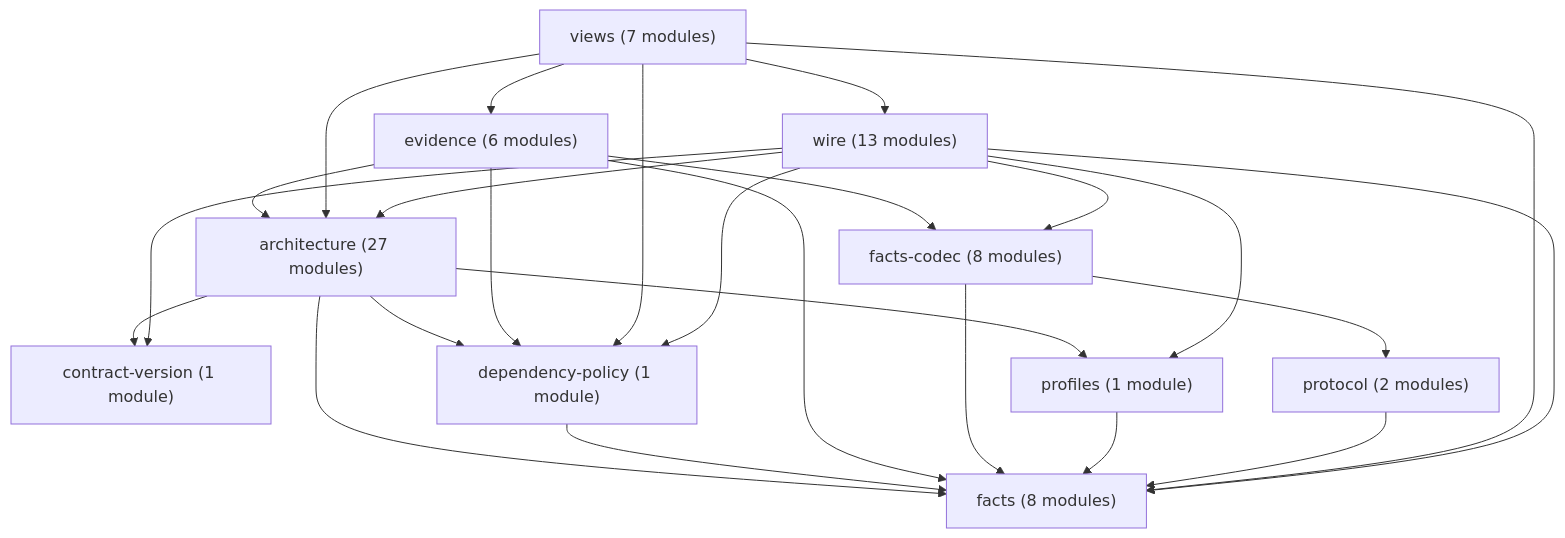
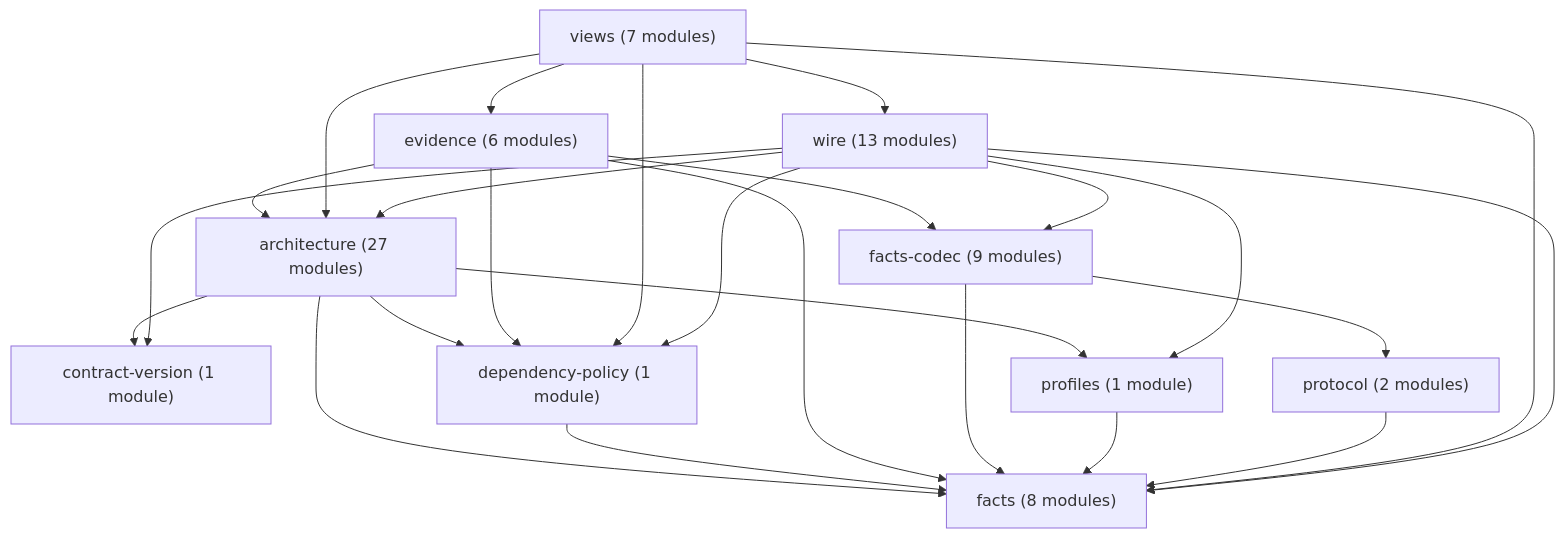
Before and after one commit to rapiddweller/archkeel: the diagram in docs/architecture/ir-owners.md, drawn with Mermaid. The commit also changed other lines of this file and 7 other files, not shown here.

````diff
--- a/docs/architecture/ir-owners.md
+++ b/docs/architecture/ir-owners.md
@@ -35,37 +35,37 @@
 ```mermaid
 graph TD
     n_0["architecture (27 modules)"]
     n_1["contract-version (1 module)"]
     n_2["dependency-policy (1 module)"]
     n_3["evidence (6 modules)"]
     n_4["facts (8 modules)"]
-    n_5["facts-codec (8 modules)"]
+    n_5["facts-codec (9 modules)"]
     n_6["profiles (1 module)"]
     n_7["protocol (2 modules)"]
     n_8["views (7 modules)"]
     n_9["wire (13 modules)"]
     n_0 --> n_1
     n_0 --> n_2
     n_0 --> n_4
     n_0 --> n_6
     n_2 --> n_4
     n_3 --> n_0
     n_3 --> n_2
     n_3 --> n_4
     n_3 --> n_5
     n_5 --> n_4
     n_5 --> n_7
     n_6 --> n_4
     n_7 --> n_4
     n_8 --> n_0
     n_8 --> n_2
     n_8 --> n_3
     n_8 --> n_4
     n_8 --> n_9
     n_9 --> n_0
     n_9 --> n_1
     n_9 --> n_2
     n_9 --> n_4
     n_9 --> n_5
     n_9 --> n_6
 ```
````
